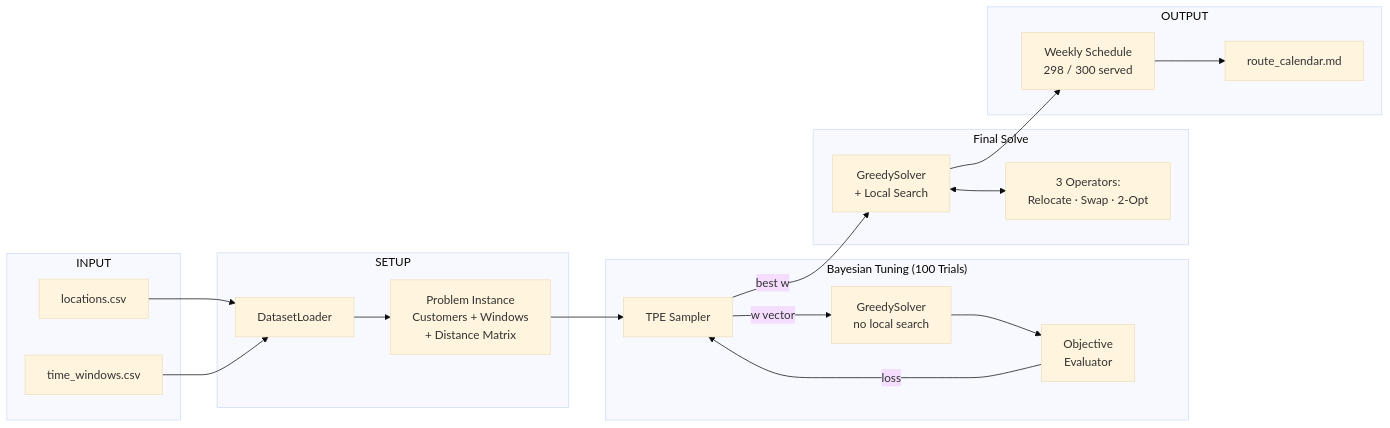
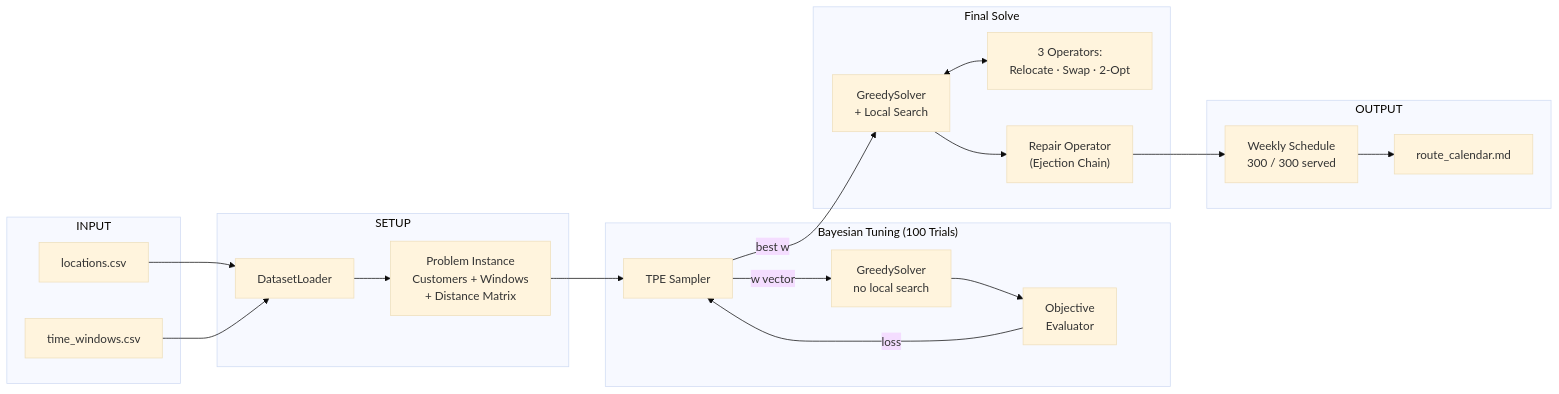
Before and after one commit to tranthihaivan-hava/Smart-traffic: the seventh of 7 diagrams in Overview/algorithm_flow.md, drawn with Mermaid (base theme). The commit also changed other lines of this file and 33 other files, not shown here.

````diff
--- a/Overview/algorithm_flow.md
+++ b/Overview/algorithm_flow.md
@@ -198,40 +208,42 @@
 ```mermaid
 flowchart LR
     subgraph INPUT
         A1[locations.csv]
         A2[time_windows.csv]
     end
 
     subgraph SETUP
         B1[DatasetLoader]
         B2["Problem Instance\nCustomers + Windows\n+ Distance Matrix"]
     end
 
     subgraph OPTUNA["Bayesian Tuning (100 Trials)"]
         C1[TPE Sampler]
         C2["GreedySolver\nno local search"]
         C3[Objective\nEvaluator]
     end
 
     subgraph FINAL["Final Solve"]
         D1["GreedySolver\n+ Local Search"]
         D2["3 Operators:\nRelocate · Swap · 2-Opt"]
+        D3["Repair Operator\n(Ejection Chain)"]
     end
 
     subgraph OUTPUT
-        E1["Weekly Schedule\n298 / 300 served"]
+        E1["Weekly Schedule\n300 / 300 served"]
         E2[route_calendar.md]
     end
 
     A1 --> B1
     A2 --> B1
     B1 --> B2
     B2 --> C1
     C1 -->|w vector| C2
     C2 --> C3
     C3 -->|loss| C1
     C1 -->|best w| D1
     D1 <--> D2
-    D1 --> E1
+    D1 --> D3
+    D3 --> E1
     E1 --> E2
 ```
````
